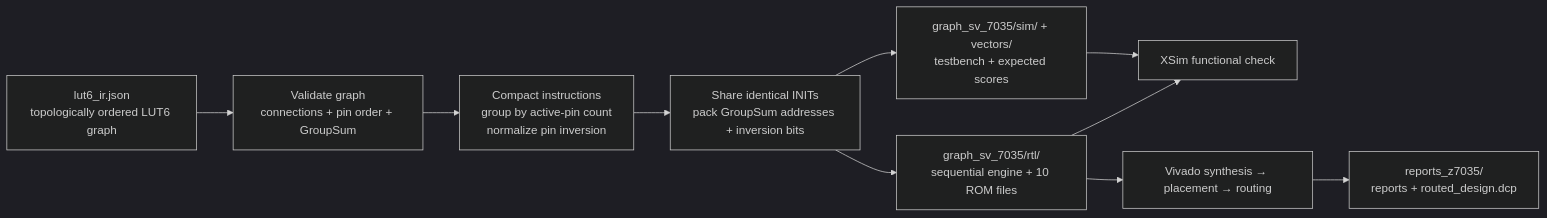
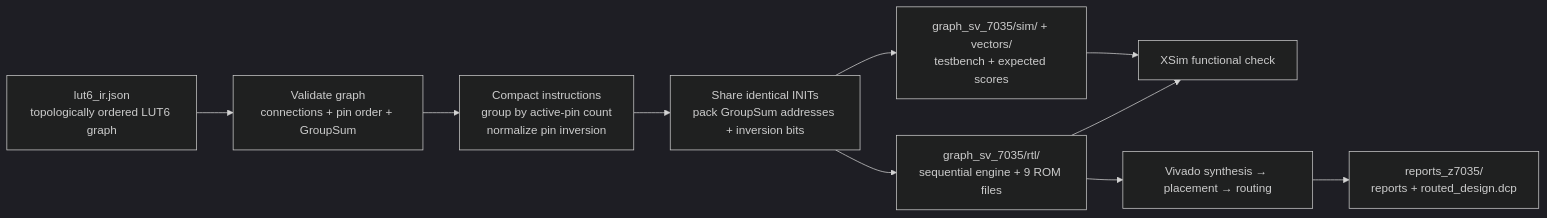
One commit to amirarjmand93/efficient_dlgn changed the third of 3 diagrams in examples/phase_logic/New_post_training/README.md. Above: the diagram before and after it, drawn with Mermaid (dark theme). The commit also changed other lines of this file and 20 other files, not shown here.

````diff
--- a/examples/phase_logic/New_post_training/README.md
+++ b/examples/phase_logic/New_post_training/README.md
@@ -104,12 +105,12 @@
 ```mermaid
 flowchart LR
     A["lut6_ir.json<br/>topologically ordered LUT6 graph"] --> B["Validate graph<br/>connections + pin order + GroupSum"]
     B --> C["Compact instructions<br/>group by active-pin count<br/>normalize pin inversion"]
     C --> D["Share identical INITs<br/>pack GroupSum addresses + inversion bits"]
-    D --> E["graph_sv_7035/rtl/<br/>sequential engine + 10 ROM files"]
+    D --> E["graph_sv_7035/rtl/<br/>sequential engine + 9 ROM files"]
     D --> F["graph_sv_7035/sim/ + vectors/<br/>testbench + expected scores"]
     E --> G["XSim functional check"]
     F --> G
     E --> H["Vivado synthesis → placement → routing"]
     H --> I["reports_z7035/<br/>reports + routed_design.dcp"]
 ```
````
